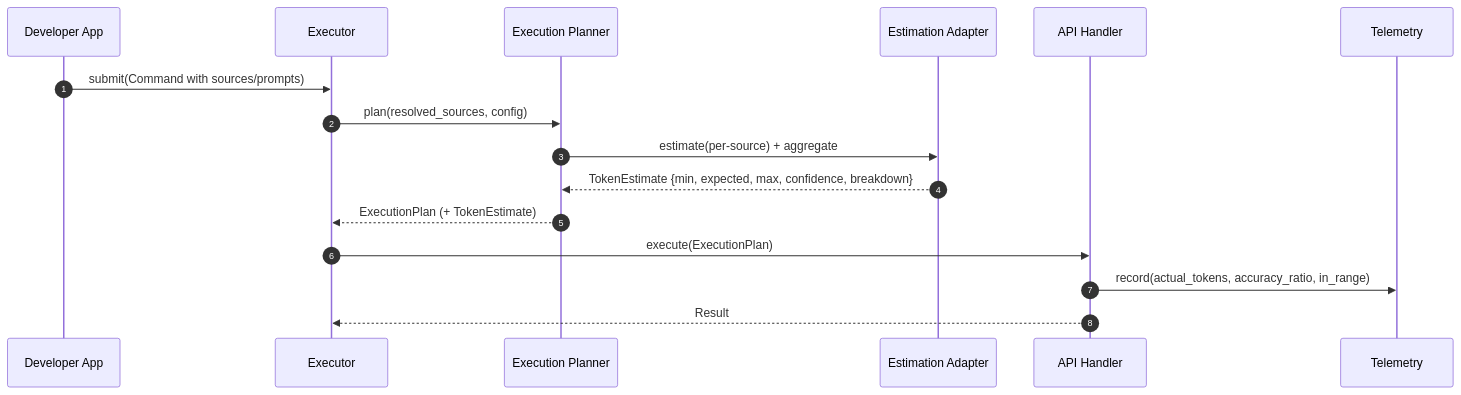
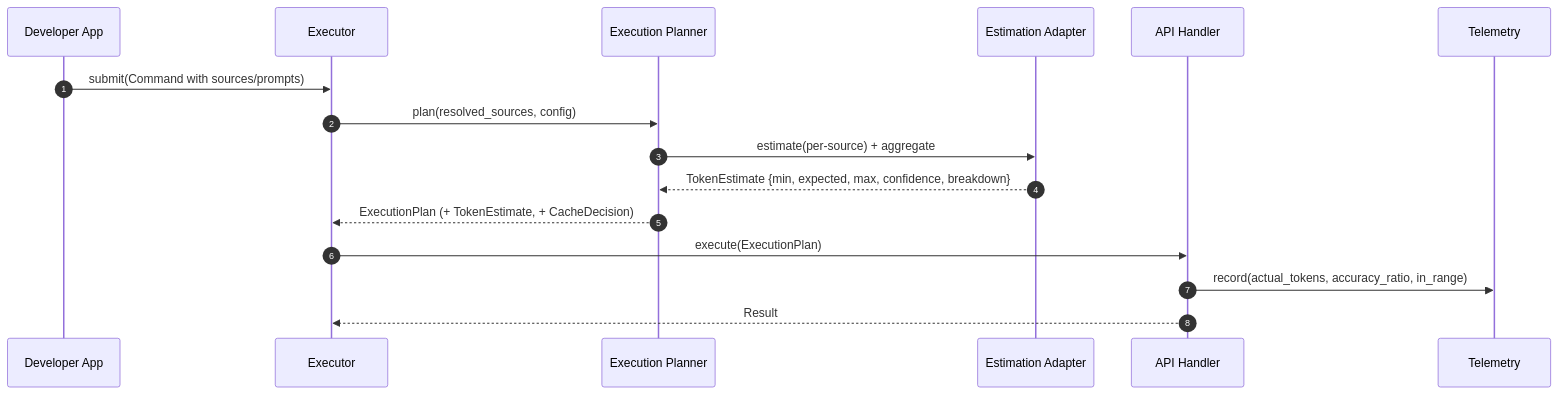
The diagram in docs/explanation/concepts/token-counting.md (seanbrar/gemini-batch-prediction), drawn with Mermaid before and after one commit. The commit also changed other lines of this file and 302 other files, not shown here.

First line of the commit message:
feat(architecture): complete command pipeline system with production-ready multimodal batch processing (#61)

````diff
--- a/docs/explanation/concepts/token-counting.md
+++ b/docs/explanation/concepts/token-counting.md
@@ -92,19 +101,19 @@
 ```mermaid
 sequenceDiagram
   autonumber
   participant App as Developer App
   participant Exec as Executor
   participant Plan as Execution Planner
   participant Est as Estimation Adapter
   participant API as API Handler
   participant Tele as Telemetry
 
   App->>Exec: submit(Command with sources/prompts)
   Exec->>Plan: plan(resolved_sources, config)
   Plan->>Est: estimate(per-source) + aggregate
   Est-->>Plan: TokenEstimate {min, expected, max, confidence, breakdown}
-  Plan-->>Exec: ExecutionPlan (+ TokenEstimate)
+  Plan-->>Exec: ExecutionPlan (+ TokenEstimate, + CacheDecision)
   Exec->>API: execute(ExecutionPlan)
   API->>Tele: record(actual_tokens, accuracy_ratio, in_range)
   API-->>Exec: Result
 ```
````
